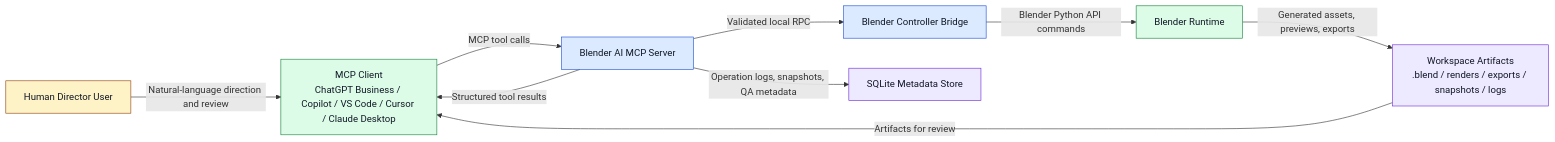
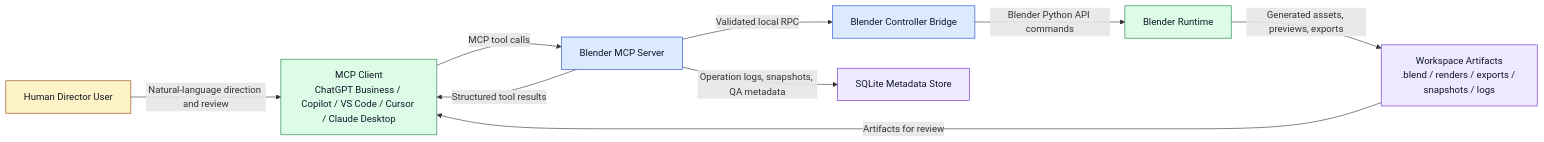
Before and after one commit to Aqua-218/Blender-MCP: the diagram in specs/02-architecture/system-context.md, drawn with Mermaid. The commit also changed other lines of this file, not shown here.

Commit message:
docs(architecture): rename server label in system context

````diff
--- a/specs/02-architecture/system-context.md
+++ b/specs/02-architecture/system-context.md
@@ -5,24 +5,24 @@
 ```mermaid
 flowchart LR
     classDef person fill:#fef3c7,stroke:#92400e,color:#111827
     classDef system fill:#dbeafe,stroke:#1d4ed8,color:#111827
     classDef external fill:#dcfce7,stroke:#15803d,color:#111827
     classDef storage fill:#ede9fe,stroke:#6d28d9,color:#111827
 
     User[Human Director User]:::person
     Client[MCP Client\nChatGPT Business / Copilot / VS Code / Cursor / Claude Desktop]:::external
-    MCP[Blender AI MCP Server]:::system
+    MCP[Blender MCP Server]:::system
     BlenderCtrl[Blender Controller Bridge]:::system
     Blender[Blender Runtime]:::external
     Workspace[Workspace Artifacts\n.blend / renders / exports / snapshots / logs]:::storage
     Metadata[SQLite Metadata Store]:::storage
 
     User -->|Natural-language direction and review| Client
     Client -->|MCP tool calls| MCP
     MCP -->|Validated local RPC| BlenderCtrl
     BlenderCtrl -->|Blender Python API commands| Blender
     Blender -->|Generated assets, previews, exports| Workspace
     MCP -->|Operation logs, snapshots, QA metadata| Metadata
     MCP -->|Structured tool results| Client
     Workspace -->|Artifacts for review| Client
 ```
````
